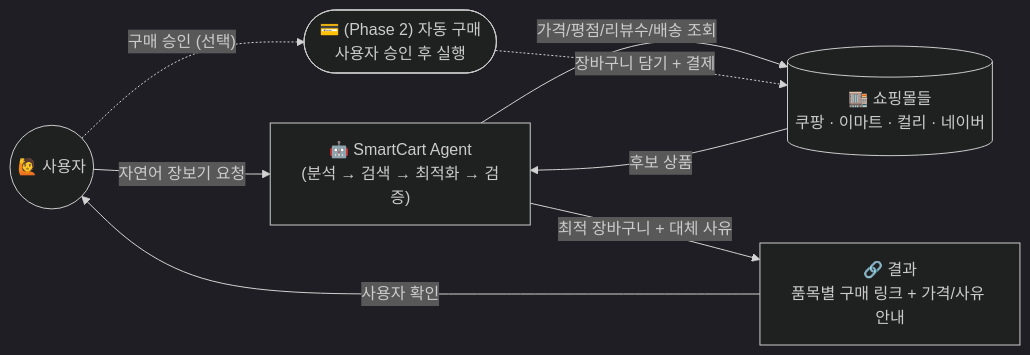
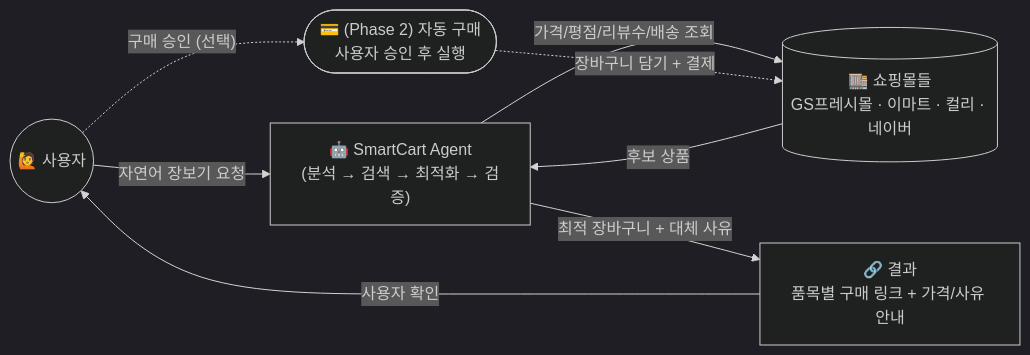
One commit to ace19-dev/SmartCart_Agent changed the first of 4 diagrams in README.md. Above: the diagram before and after it, drawn with Mermaid (dark theme). The commit also changed other lines of this file and 10 other files, not shown here.

````diff
--- a/README.md
+++ b/README.md
@@ -85,16 +85,16 @@
 ```mermaid
 flowchart LR
     User(("🙋 사용자"))
     Agent["🤖 SmartCart Agent<br/>(분석 → 검색 → 최적화 → 검증)"]
-    Malls[("🏬 쇼핑몰들<br/>쿠팡 · 이마트 · 컬리 · 네이버")]
+    Malls[("🏬 쇼핑몰들<br/>GS프레시몰 · 이마트 · 컬리 · 네이버")]
     Result["🔗 결과<br/>품목별 구매 링크 + 가격/사유 안내"]
     Checkout(["💳 (Phase 2) 자동 구매<br/>사용자 승인 후 실행"])
 
     User -- "자연어 장보기 요청" --> Agent
     Agent -- "가격/평점/리뷰수/배송 조회" --> Malls
     Malls -- "후보 상품" --> Agent
     Agent -- "최적 장바구니 + 대체 사유" --> Result
     Result -- "사용자 확인" --> User
     User -. "구매 승인 (선택)" .-> Checkout
     Checkout -. "장바구니 담기 + 결제" .-> Malls
 ```
````
